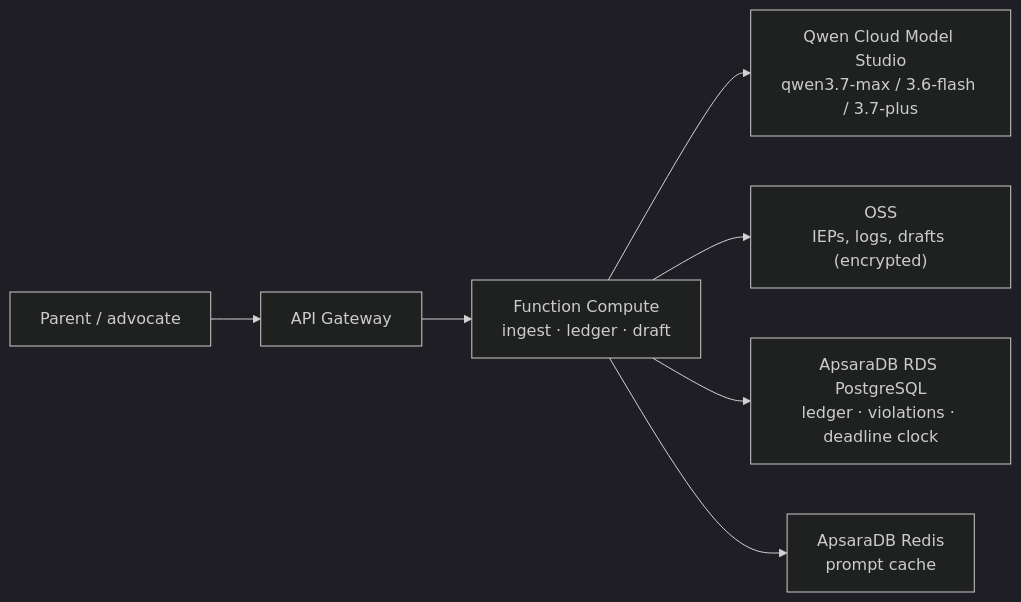
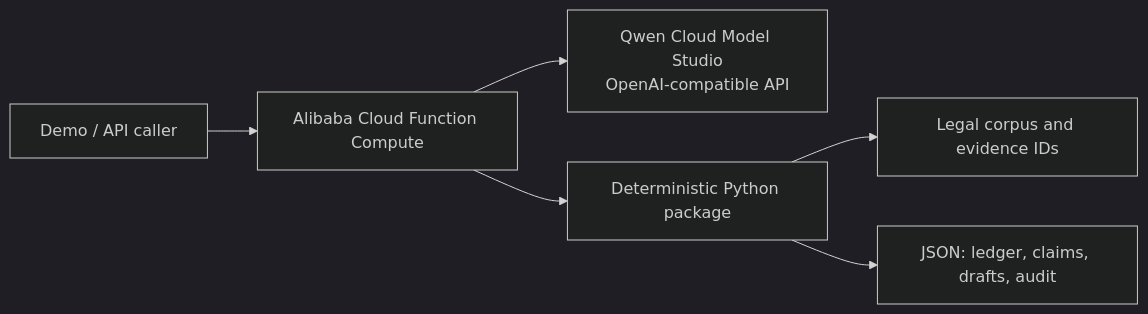
The third of 3 diagrams in docs/architecture.md (ankitlade12/due-process-iep-agent), drawn with Mermaid (dark theme) before and after one commit. The commit also changed other lines of this file and 10 other files, not shown here.

Commit message:
feat: add live Qwen case desk demo

````diff
--- a/docs/architecture.md
+++ b/docs/architecture.md
@@ -72,9 +81,8 @@
 ```mermaid
 flowchart LR
-    U["Parent / advocate"] --> API["API Gateway"]
-    API --> FC["Function Compute<br/>ingest · ledger · draft"]
-    FC --> MS["Qwen Cloud Model Studio<br/>qwen3.7-max / 3.6-flash / 3.7-plus"]
-    FC --> OSS["OSS<br/>IEPs, logs, drafts (encrypted)"]
-    FC --> RDS["ApsaraDB RDS PostgreSQL<br/>ledger · violations · deadline clock"]
-    FC --> REDIS["ApsaraDB Redis<br/>prompt cache"]
+    CLIENT["Demo / API caller"] --> FC["Alibaba Cloud Function Compute"]
+    FC --> MODEL["Qwen Cloud Model Studio<br/>OpenAI-compatible API"]
+    FC --> CORE["Deterministic Python package"]
+    CORE --> CORPUS["Legal corpus and evidence IDs"]
+    CORE --> RESPONSE["JSON: ledger, claims, drafts, audit"]
 ```
````
